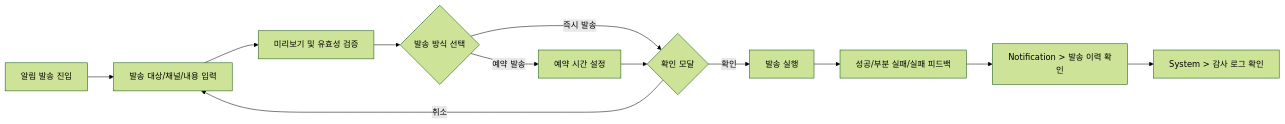
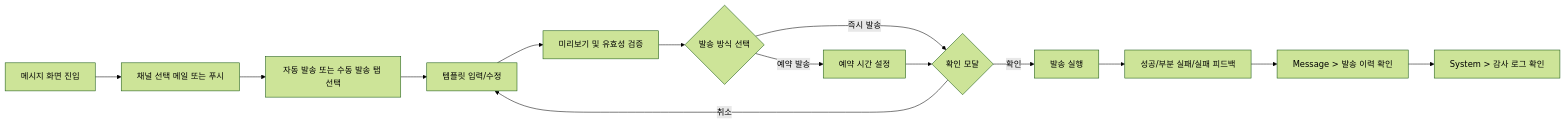
Before and after one commit to blackstarzck/topik-ai: the fifth of 8 diagrams in docs/specs/admin-page-flows-mermaid.md, drawn with Mermaid (forest theme). The commit also changed other lines of this file and 47 other files, not shown here.

````diff
--- a/docs/specs/admin-page-flows-mermaid.md
+++ b/docs/specs/admin-page-flows-mermaid.md
@@ -98,14 +98,16 @@
 ```mermaid
 flowchart LR
-  A[알림 발송 진입] --> B[발송 대상/채널/내용 입력]
-  B --> C[미리보기 및 유효성 검증]
-  C --> D{발송 방식 선택}
-  D -->|즉시 발송| E{확인 모달}
-  D -->|예약 발송| F[예약 시간 설정]
-  F --> E
-  E -->|확인| G[발송 실행]
-  E -->|취소| B
-  G --> H[성공/부분 실패/실패 피드백]
-  H --> I[Notification > 발송 이력 확인]
-  I --> J[System > 감사 로그 확인]
+  A[메시지 화면 진입] --> B[채널 선택 메일 또는 푸시]
+  B --> C[자동 발송 또는 수동 발송 탭 선택]
+  C --> D[템플릿 입력/수정]
+  D --> E[미리보기 및 유효성 검증]
+  E --> F{발송 방식 선택}
+  F -->|즉시 발송| G{확인 모달}
+  F -->|예약 발송| H[예약 시간 설정]
+  H --> G
+  G -->|확인| I[발송 실행]
+  G -->|취소| D
+  I --> J[성공/부분 실패/실패 피드백]
+  J --> K[Message > 발송 이력 확인]
+  K --> L[System > 감사 로그 확인]
 ```
````
